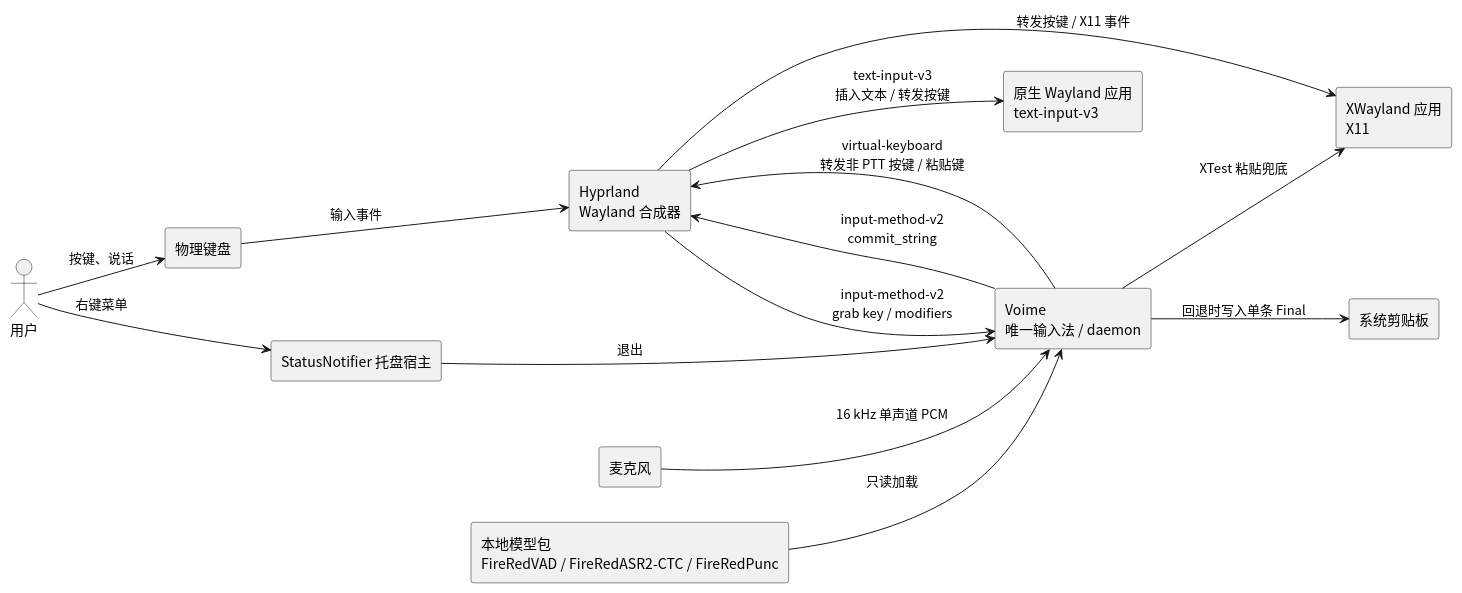
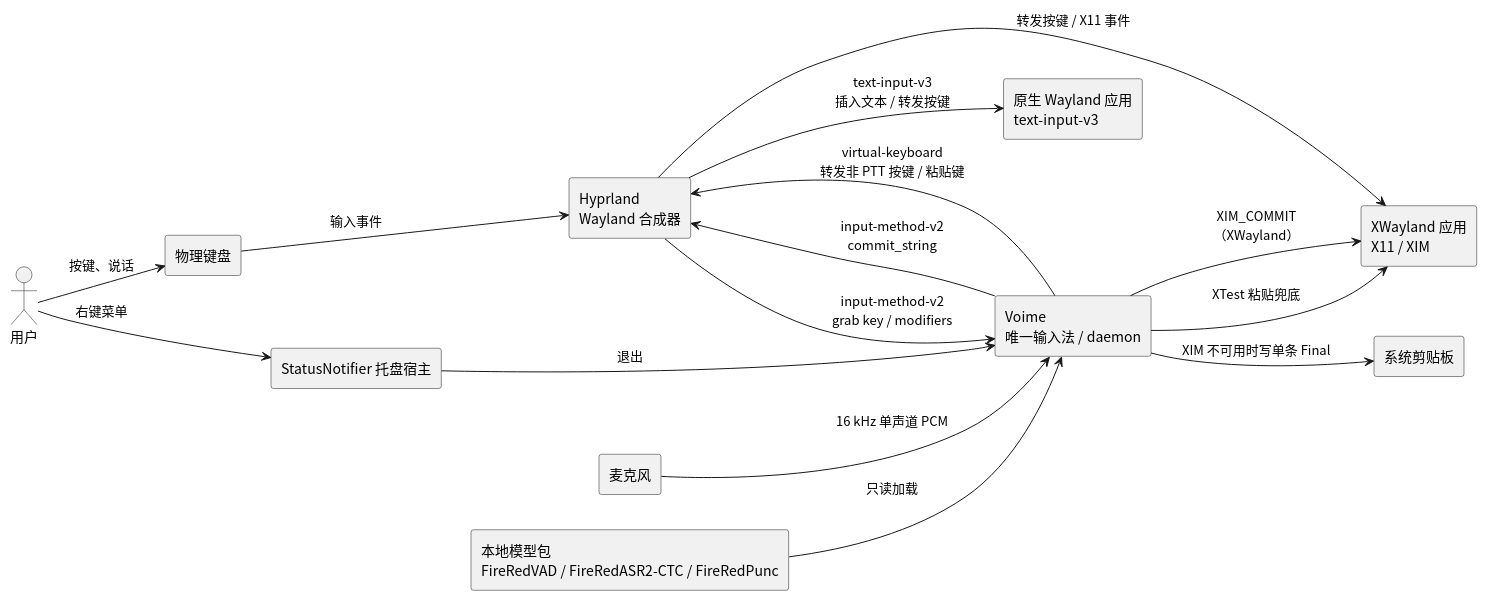
The diagram in diagram/general-architecture.puml (54m43lJ/voime), drawn with PlantUML before and after one commit. The commit also changed 31 other files, not shown here.

Commit message:
docs: XWayland 改走 XIM，剪贴板仅作兜底

```diff
--- a/diagram/general-architecture.puml
+++ b/diagram/general-architecture.puml
@@ -1,31 +1,32 @@
 @startuml
 skinparam defaultFontName "Noto Sans CJK SC"
 skinparam shadowing false
 skinparam componentStyle rectangle
 left to right direction
 
 actor "用户" as User
 component "物理键盘" as Keyboard
 component "Hyprland\nWayland 合成器" as Hyprland
 component "Voime\n唯一输入法 / daemon" as Voime
 component "原生 Wayland 应用\ntext-input-v3" as WaylandApp
-component "XWayland 应用\nX11" as XApp
+component "XWayland 应用\nX11 / XIM" as XApp
 component "麦克风" as Mic
 component "本地模型包\nFireRedVAD / FireRedASR2-CTC / FireRedPunc" as Models
 component "系统剪贴板" as Clip
 component "StatusNotifier 托盘宿主" as Tray
 
 User --> Keyboard : 按键、说话
 Keyboard --> Hyprland : 输入事件
 Hyprland --> Voime : input-method-v2\ngrab key / modifiers
 Voime --> Hyprland : virtual-keyboard\n转发非 PTT 按键 / 粘贴键
 Voime --> Hyprland : input-method-v2\ncommit_string
 Hyprland --> WaylandApp : text-input-v3\n插入文本 / 转发按键
 Hyprland --> XApp : 转发按键 / X11 事件
-Voime --> Clip : 回退时写入单条 Final
+Voime --> XApp : XIM_COMMIT\n（XWayland）
+Voime --> Clip : XIM 不可用时写单条 Final
 Voime --> XApp : XTest 粘贴兜底
 Mic --> Voime : 16 kHz 单声道 PCM
 Models --> Voime : 只读加载
 Tray --> Voime : 退出
 User --> Tray : 右键菜单
 @enduml
```
